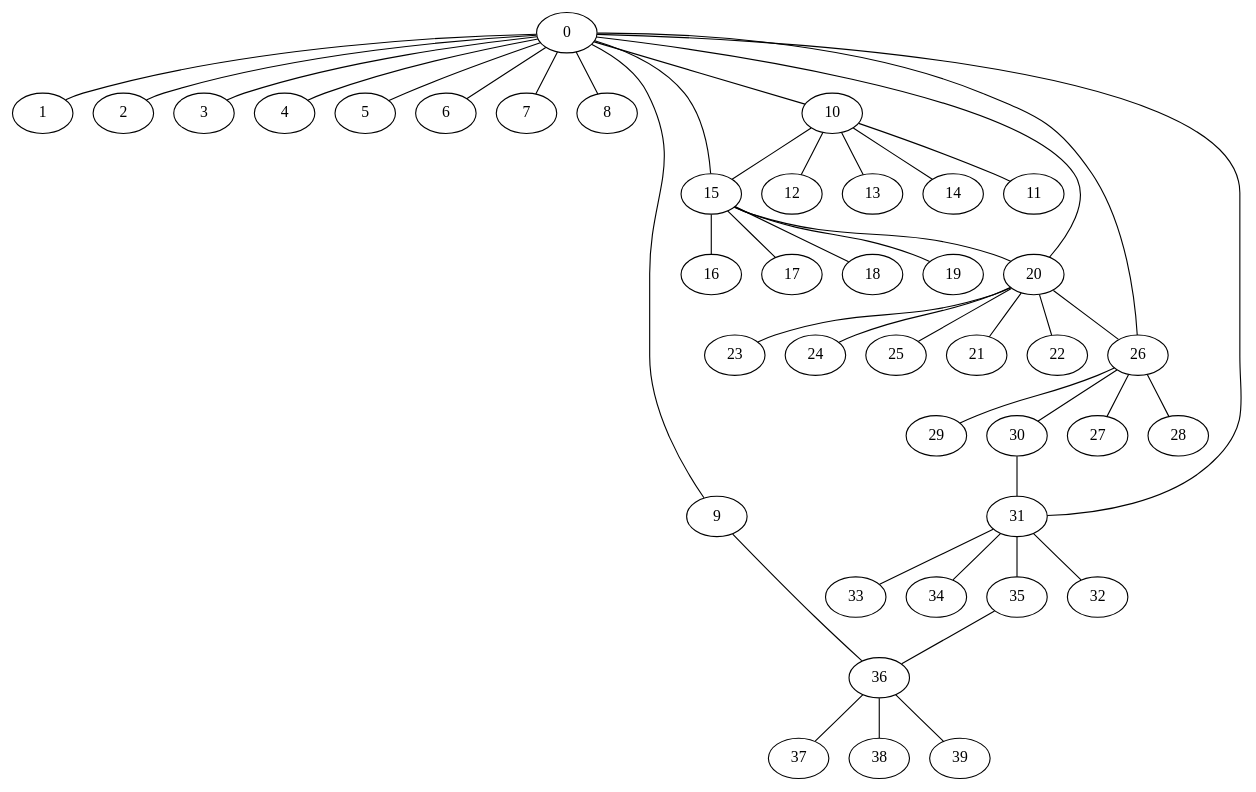
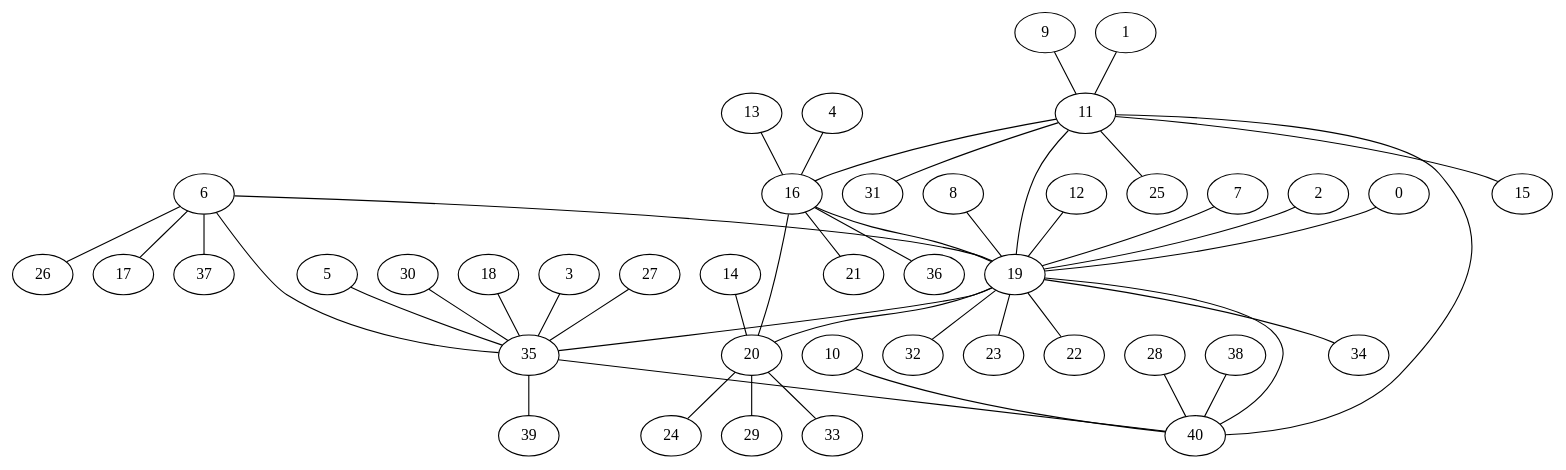
The diagram in examples/roedunet/RoEduNet.dot (NetworkVerification/nv), drawn with Graphviz before and after one commit. The commit also changed 14 other files, not shown here.

```diff
--- a/examples/roedunet/RoEduNet.dot
+++ b/examples/roedunet/RoEduNet.dot
@@ -1,47 +1,48 @@
 // generated from roedunet.py
 graph RoEduNet {
-  0 -- 1;
-  0 -- 2;
-  0 -- 3;
-  0 -- 4;
-  0 -- 5;
-  0 -- 6;
-  0 -- 7;
-  0 -- 8;
-  0 -- 9;
-  0 -- 10;
-  0 -- 15;
-  0 -- 20;
-  0 -- 26;
-  0 -- 31;
-  9 -- 36;
-  10 -- 11;
-  10 -- 12;
-  10 -- 13;
-  10 -- 14;
-  10 -- 15;
-  15 -- 16;
-  15 -- 17;
-  15 -- 18;
-  15 -- 19;
-  15 -- 20;
-  20 -- 21;
-  20 -- 22;
-  20 -- 23;
+  20 -- 33;
   20 -- 24;
-  20 -- 25;
-  20 -- 26;
-  26 -- 27;
-  26 -- 28;
-  26 -- 29;
-  26 -- 30;
-  30 -- 31;
-  31 -- 32;
-  31 -- 33;
-  31 -- 34;
-  31 -- 35;
-  35 -- 36;
-  36 -- 37;
-  36 -- 38;
-  36 -- 39;
+  20 -- 29;
+  19 -- 34;
+  19 -- 32;
+  19 -- 23;
+  19 -- 22;
+  19 -- 40;
+  19 -- 35;
+  10 -- 40;
+  28 -- 40;
+  30 -- 35;
+  38 -- 40;
+  18 -- 35;
+  9 -- 11;
+  6 -- 37;
+  6 -- 26;
+  6 -- 35;
+  3 -- 35;
+  27 -- 35;
+  5 -- 35;
+  13 -- 16;
+  11 -- 16;
+  19 -- 20;
+  11 -- 19;
+  7 -- 19;
+  2 -- 19;
+  0 -- 19;
+  8 -- 19;
+  12 -- 19;
+  16 -- 19;
+  6 -- 19;
+  14 -- 20;
+  16 -- 21;
+  16 -- 36;
+  4 -- 16;
+  11 -- 25;
+  11 -- 15;
+  11 -- 31;
+  1 -- 11;
+  35 -- 39;
+  6 -- 17;
+  16 -- 20;
+  11 -- 40;
+  35 -- 40;
 }
```
